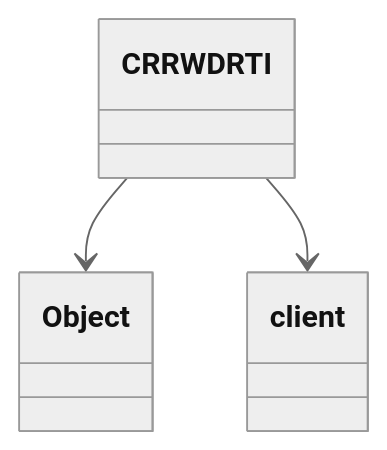
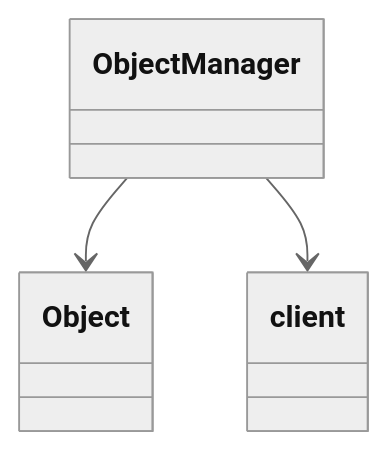
The diagram in bytecode/mapping/evidence/verified/ObjectManager_CRRWDRTI.md (daxxog/solmud), drawn with Mermaid (neutral theme) before and after one commit. The commit also changed 48 other files, not shown here.

````diff
--- a/bytecode/mapping/evidence/verified/ObjectManager_CRRWDRTI.md
+++ b/bytecode/mapping/evidence/verified/ObjectManager_CRRWDRTI.md
@@ -9,5 +9,5 @@
 ```mermaid
 classDiagram
-    CRRWDRTI --> Object
-    CRRWDRTI --> client
+    ObjectManager --> Object
+    ObjectManager --> client
 ```
````
